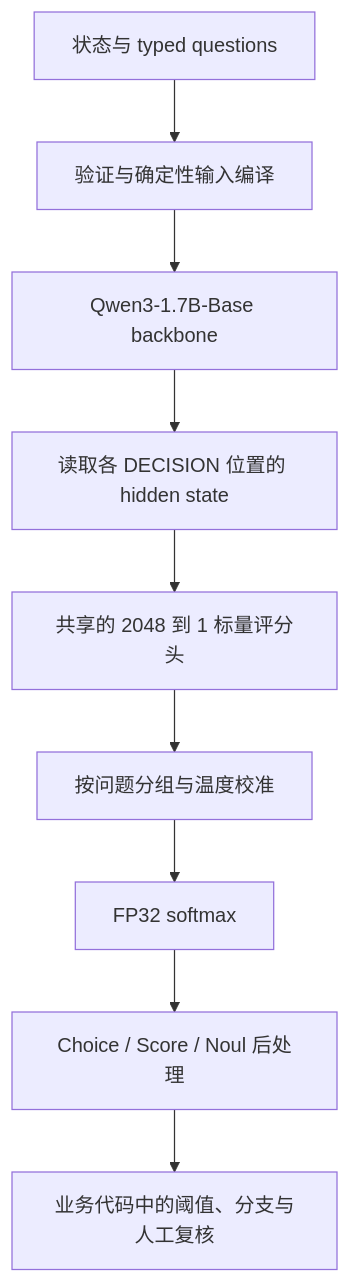
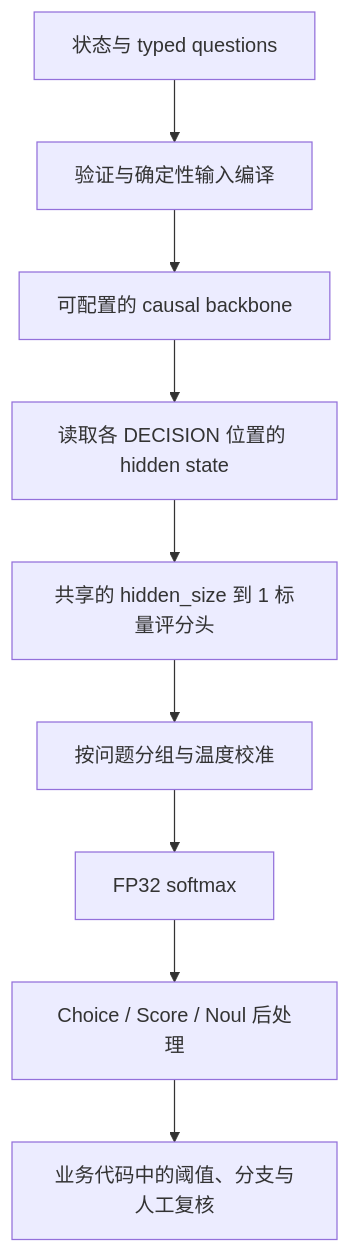
One commit to overfit-lab/OpenJev changed the diagram in docs/openjev_model_architecture.md. Above: the diagram before and after it, drawn with Mermaid. The commit also changed other lines of this file and 57 other files, not shown here.

````diff
--- a/docs/openjev_model_architecture.md
+++ b/docs/openjev_model_architecture.md
@@ -32,11 +32,11 @@
 ```mermaid
 flowchart TD
     A[状态与 typed questions] --> B[验证与确定性输入编译]
-    B --> C[Qwen3-1.7B-Base backbone]
+    B --> C[可配置的 causal backbone]
     C --> D[读取各 DECISION 位置的 hidden state]
-    D --> E[共享的 2048 到 1 标量评分头]
+    D --> E[共享的 hidden_size 到 1 标量评分头]
     E --> F[按问题分组与温度校准]
     F --> G[FP32 softmax]
     G --> H[Choice / Score / Noul 后处理]
     H --> I[业务代码中的阈值、分支与人工复核]
 ```
````
